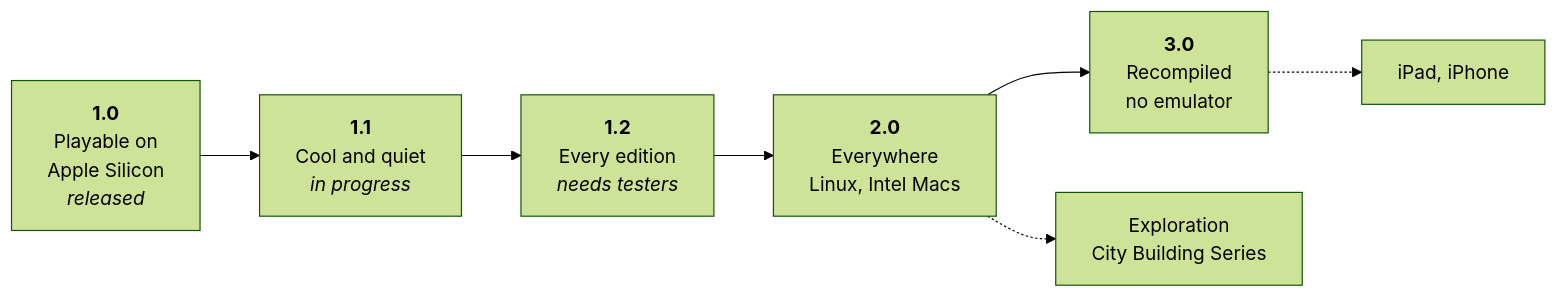
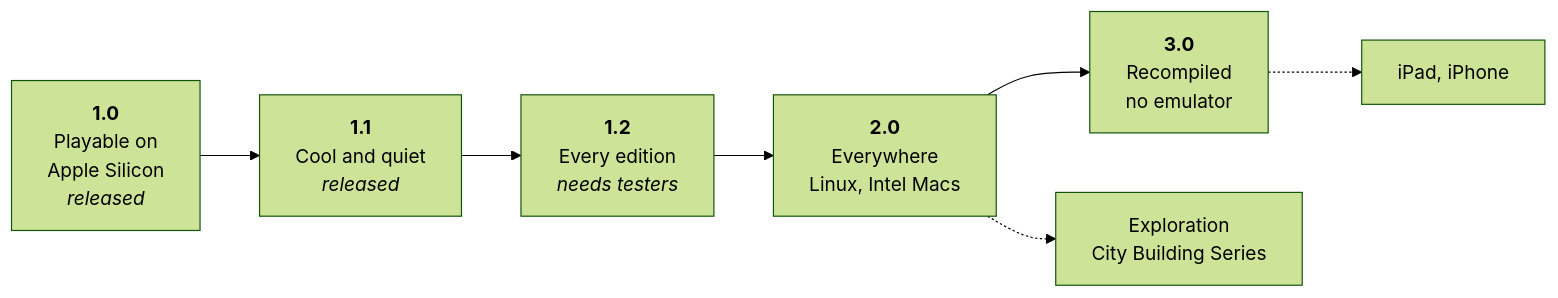
Before and after one commit to nic0lasm/zeus-poseidon-arm64: the diagram in docs/roadmap.md, drawn with Mermaid (forest theme). The commit also changed other lines of this file and 3 other files, not shown here.

````diff
--- a/docs/roadmap.md
+++ b/docs/roadmap.md
@@ -11,9 +11,9 @@
 ```mermaid
 flowchart LR
-    A["<b>1.0</b><br/>Playable on<br/>Apple Silicon<br/><i>released</i>"] --> B["<b>1.1</b><br/>Cool and quiet<br/><i>in progress</i>"]
+    A["<b>1.0</b><br/>Playable on<br/>Apple Silicon<br/><i>released</i>"] --> B["<b>1.1</b><br/>Cool and quiet<br/><i>released</i>"]
     B --> C["<b>1.2</b><br/>Every edition<br/><i>needs testers</i>"]
     C --> D["<b>2.0</b><br/>Everywhere<br/>Linux, Intel Macs"]
     D --> E["<b>3.0</b><br/>Recompiled<br/>no emulator"]
     E -.-> F["iPad, iPhone"]
     D -.-> G["Exploration<br/>City Building Series"]
 ```
````
